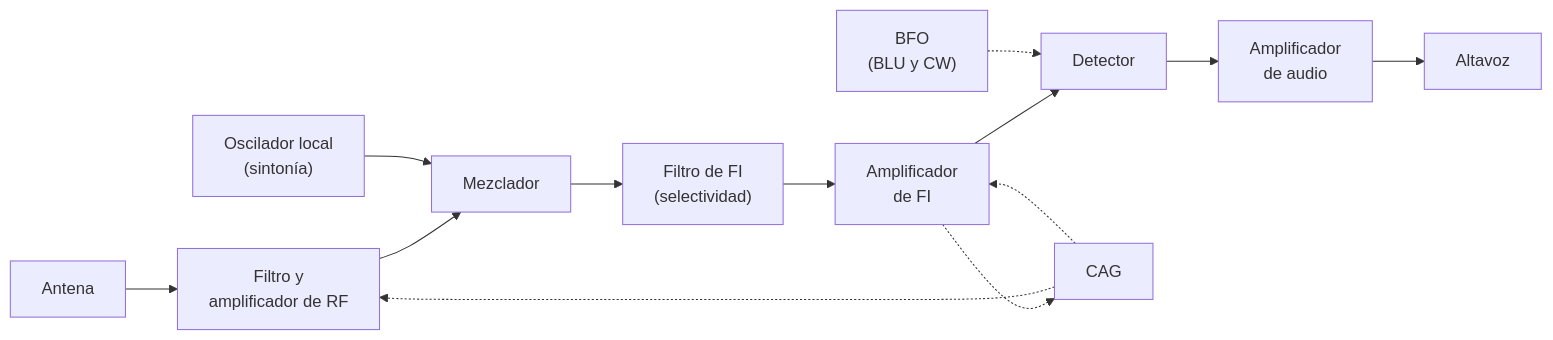
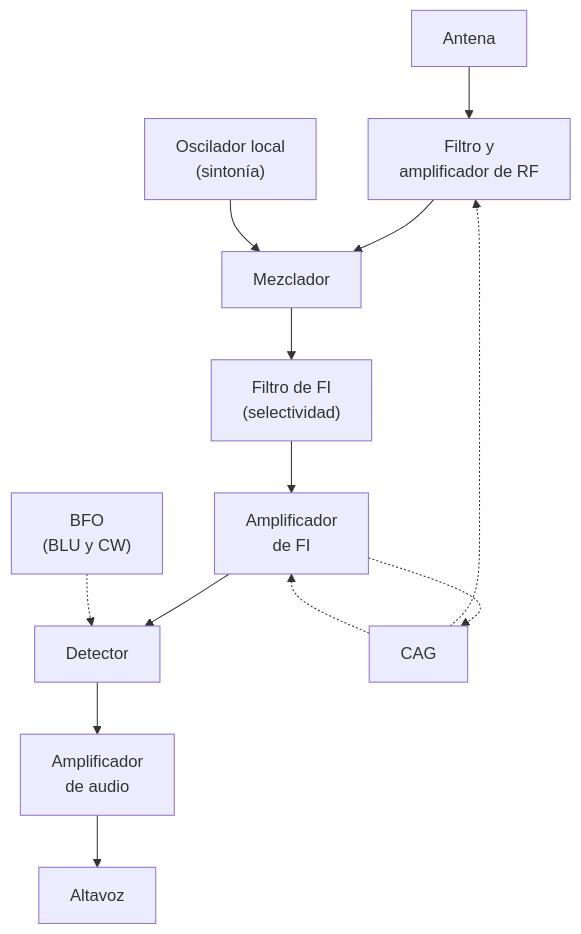
The first of 4 diagrams in docs/04-teoria-radio.md (mshodai/manual-radioaficionado), drawn with Mermaid before and after one commit. The commit also changed other lines of this file and 33 other files, not shown here.

````diff
--- a/docs/04-teoria-radio.md
+++ b/docs/04-teoria-radio.md
@@ -328,15 +328,15 @@
 ```mermaid
-flowchart LR
+flowchart TB
     A["Antena"] --> B["Filtro y<br>amplificador de RF"]
     B --> C["Mezclador"]
     D["Oscilador local<br>(sintonía)"] --> C
     C --> E["Filtro de FI<br>(selectividad)"]
     E --> F["Amplificador<br>de FI"]
     F --> G["Detector"]
     H["BFO<br>(BLU y CW)"] -.-> G
     G --> I["Amplificador<br>de audio"]
     I --> J["Altavoz"]
     F -.-> K["CAG"]
     K -.-> B
     K -.-> F
 ```
````
